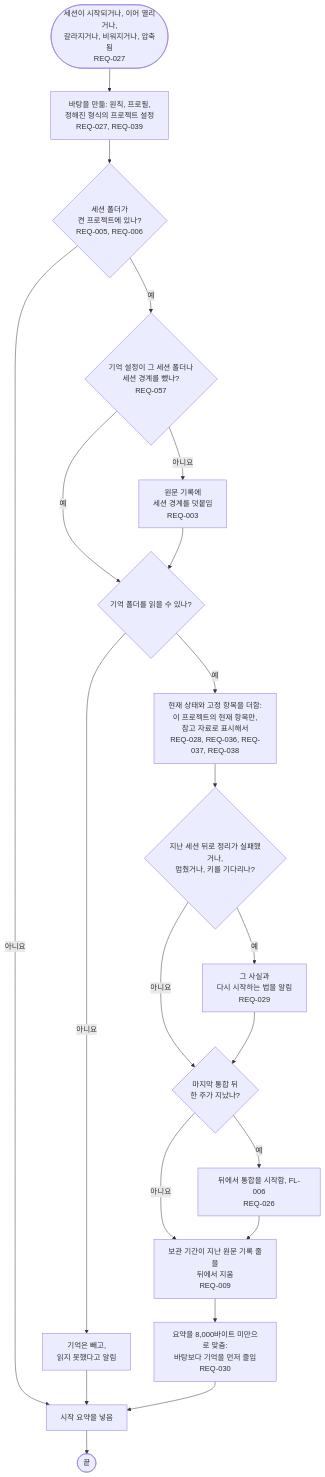
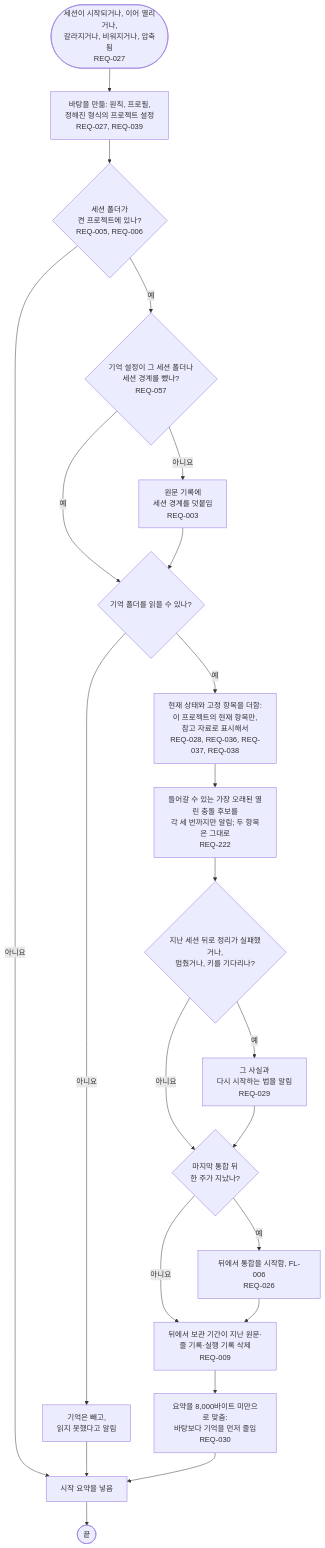
One commit to kodonghui/corthex changed the diagram in docs/03-user-flow/memory/FL-003-start-a-session.ko.md. Above: the diagram before and after it, drawn with Mermaid. The commit also changed other lines of this file and 41 other files, not shown here.

````diff
--- a/docs/03-user-flow/memory/FL-003-start-a-session.ko.md
+++ b/docs/03-user-flow/memory/FL-003-start-a-session.ko.md
@@ -9,23 +9,24 @@
 ```mermaid
 flowchart TD
   A(["세션이 시작되거나, 이어 열리거나,<br/>갈라지거나, 비워지거나, 압축됨<br/>REQ-027"]) --> B["바탕을 만듦: 원칙, 프로필,<br/>정해진 형식의 프로젝트 설정<br/>REQ-027, REQ-039"]
   B --> C{"세션 폴더가<br/>켠 프로젝트에 있나?<br/>REQ-005, REQ-006"}
   C -->|아니요| S["시작 요약을 넣음"]
   S --> Z(["끝"])
   C -->|예| X{"기억 설정이 그 세션 폴더나<br/>세션 경계를 뺐나?<br/>REQ-057"}
   X -->|예| E
   X -->|아니요| D["원문 기록에<br/>세션 경계를 덧붙임<br/>REQ-003"]
   D --> E{"기억 폴더를 읽을 수 있나?"}
   E -->|아니요| E1["기억은 빼고,<br/>읽지 못했다고 알림"]
   E1 --> S
   E -->|예| F["현재 상태와 고정 항목을 더함:<br/>이 프로젝트의 현재 항목만,<br/>참고 자료로 표시해서<br/>REQ-028, REQ-036, REQ-037, REQ-038"]
-  F --> G{"지난 세션 뒤로 정리가 실패했거나,<br/>멈췄거나, 키를 기다리나?"}
+  F --> CF["들어갈 수 있는 가장 오래된 열린 충돌 후보를<br/>각 세 번까지만 알림; 두 항목은 그대로<br/>REQ-222"]
+  CF --> G{"지난 세션 뒤로 정리가 실패했거나,<br/>멈췄거나, 키를 기다리나?"}
   G -->|예| G1["그 사실과<br/>다시 시작하는 법을 알림<br/>REQ-029"]
   G -->|아니요| H{"마지막 통합 뒤<br/>한 주가 지났나?"}
   G1 --> H
   H -->|예| H1["뒤에서 통합을 시작함, FL-006<br/>REQ-026"]
-  H -->|아니요| I["보관 기간이 지난 원문 기록 줄을<br/>뒤에서 지움<br/>REQ-009"]
+  H -->|아니요| I["뒤에서 보관 기간이 지난 원문·줄 기록·실행 기록 삭제<br/>REQ-009"]
   H1 --> I
   I --> J["요약을 8,000바이트 미만으로 맞춤:<br/>바탕보다 기억을 먼저 줄임<br/>REQ-030"]
   J --> S
 ```
````
